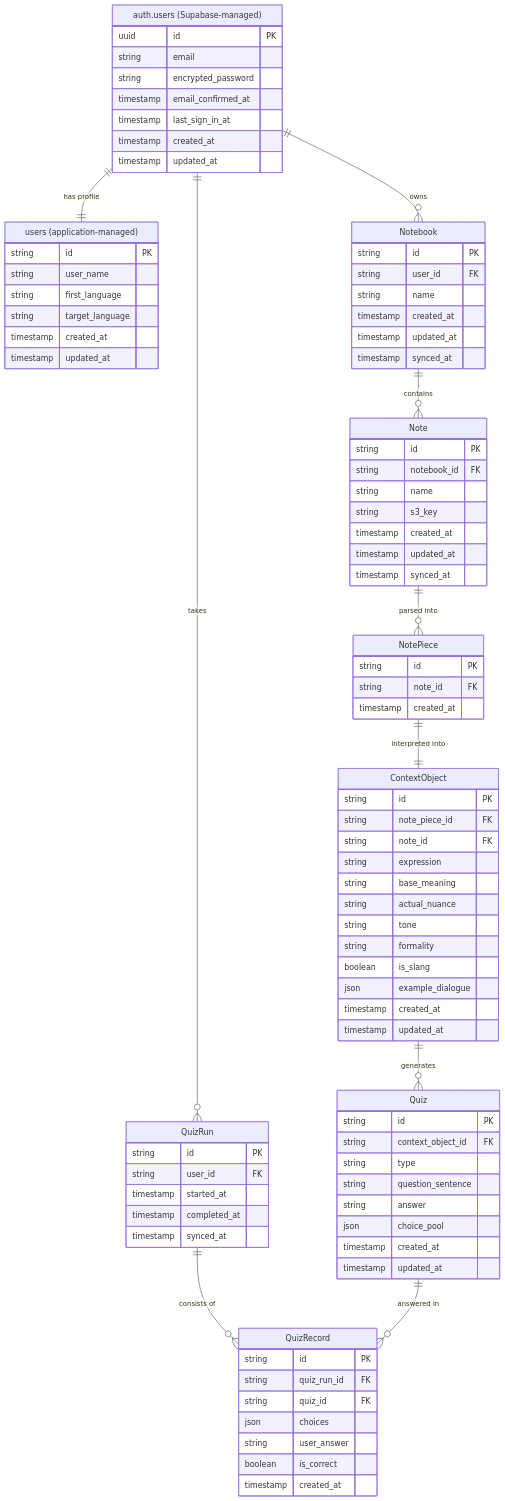
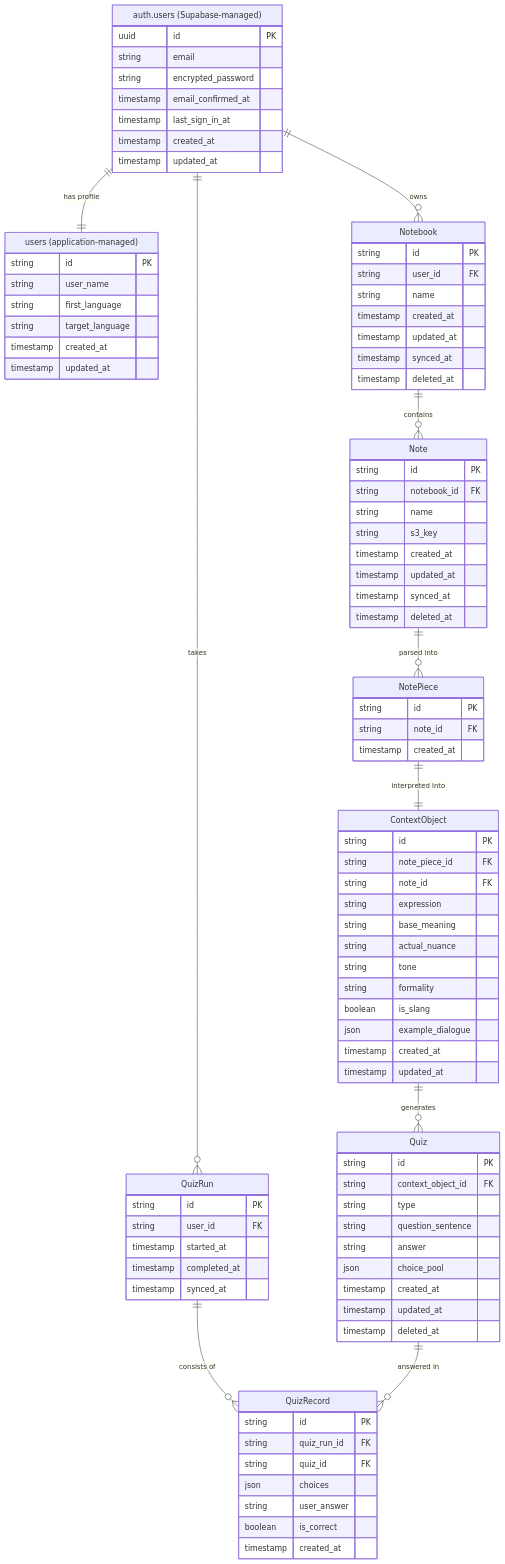
One commit to hardy1031/notto-backend changed the diagram in docs/db_design.md. Above: the diagram before and after it, drawn with Mermaid. The commit also changed other lines of this file and 2 other files, not shown here.

```diff
--- a/docs/db_design.md
+++ b/docs/db_design.md
@@ -208,6 +213,7 @@
         timestamp created_at
         timestamp updated_at
         timestamp synced_at
+        timestamp deleted_at
     }
 
     Note {
@@ -218,6 +224,7 @@
         timestamp created_at
         timestamp updated_at
         timestamp synced_at
+        timestamp deleted_at
     }
 
     NotePiece {
@@ -250,6 +257,7 @@
         json choice_pool
         timestamp created_at
         timestamp updated_at
+        timestamp deleted_at
     }
 
     QuizRun {
```
